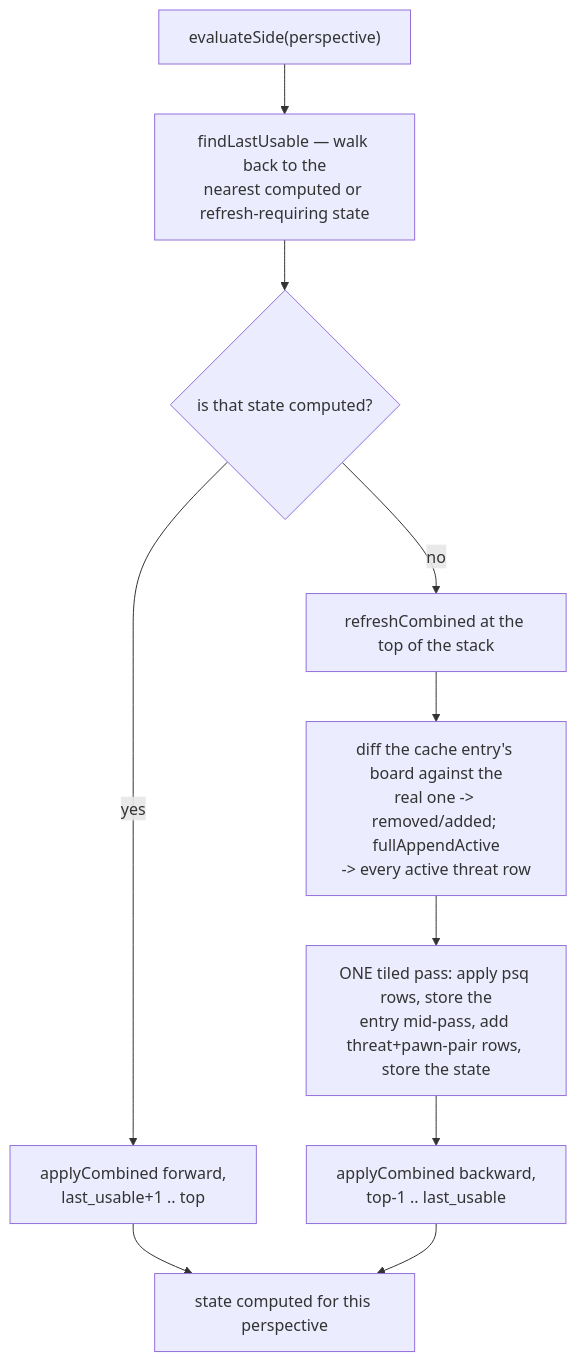
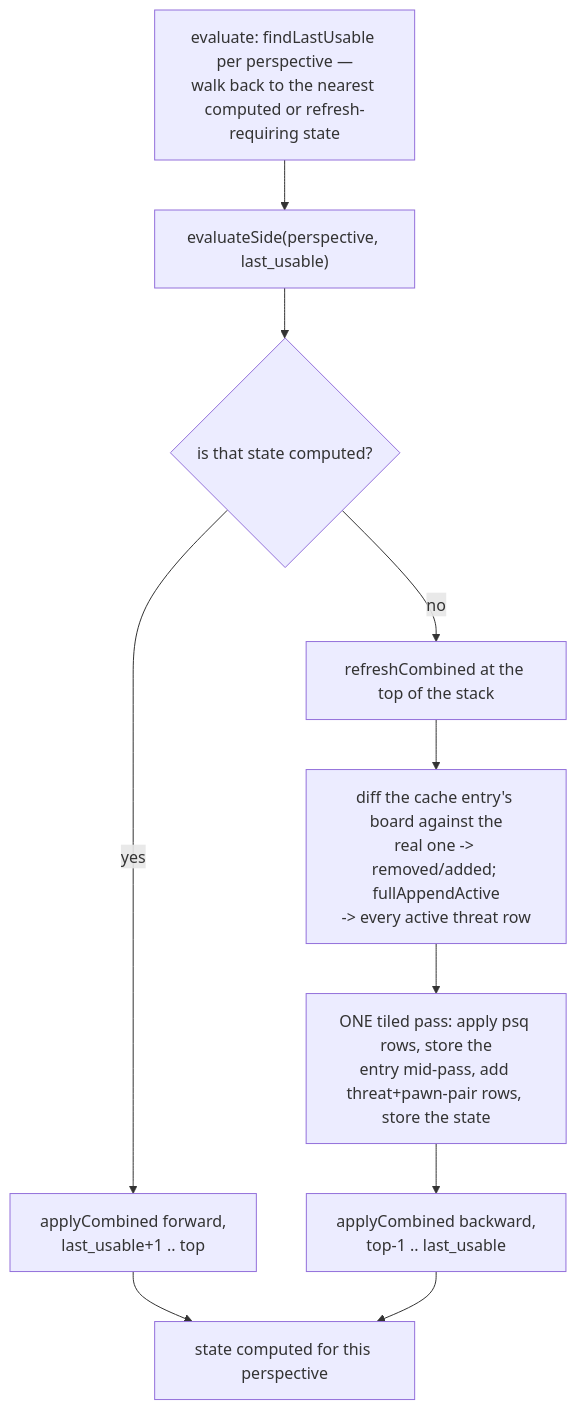
One commit to ppigazzini/zfish changed the diagram in docs/03-engine-eval.md. Above: the diagram before and after it, drawn with Mermaid. The commit also changed other lines of this file and 14 other files, not shown here.

````diff
--- a/docs/03-engine-eval.md
+++ b/docs/03-engine-eval.md
@@ -251,12 +253,12 @@
 ```mermaid
 flowchart TD
-    A["evaluateSide(perspective)"] --> B["findLastUsable — walk back to the<br/>nearest computed or refresh-requiring state"]
+    A["evaluate: findLastUsable per perspective —<br/>walk back to the nearest computed or refresh-requiring state"] --> B["evaluateSide(perspective, last_usable)"]
     B --> C{"is that state computed?"}
     C -->|yes| D["applyCombined forward,<br/>last_usable+1 .. top"]
     C -->|no| E["refreshCombined at the top of the stack"]
     E --> E1["diff the cache entry's board against the<br/>real one -> removed/added; fullAppendActive<br/>-> every active threat row"]
     E1 --> E2["ONE tiled pass: apply psq rows, store the<br/>entry mid-pass, add threat+pawn-pair rows, store the state"]
     E2 --> F["applyCombined backward,<br/>top-1 .. last_usable"]
     D --> G["state computed for this perspective"]
     F --> G
 ```
````
